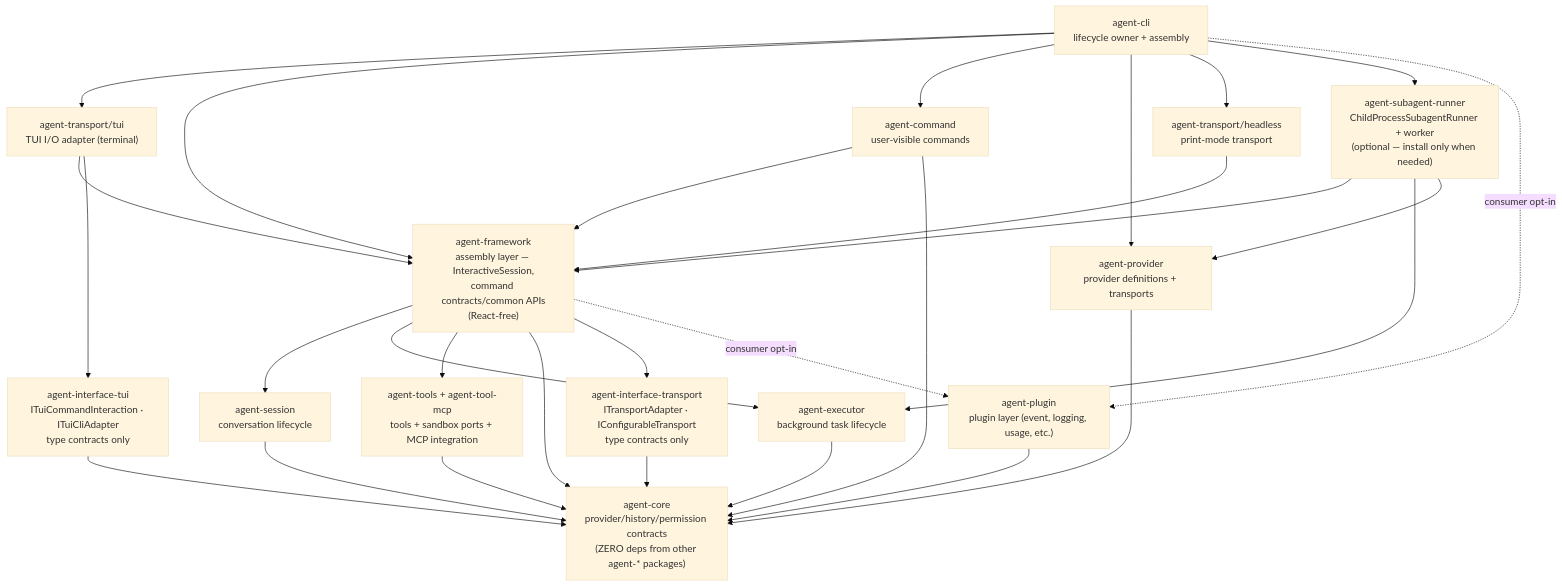
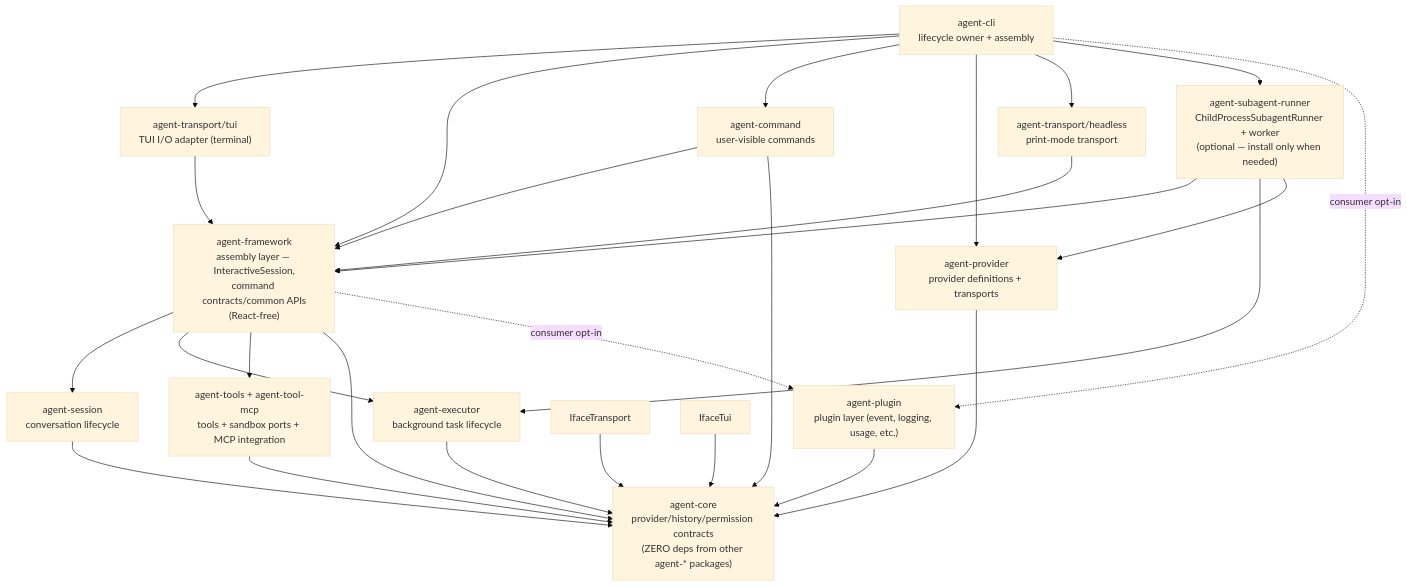
Before and after one commit to woojubb/robota: the first of 2 diagrams in .agents/specs/architecture-map/agent-system.md, drawn with Mermaid (base theme). The commit also changed other lines of this file and 66 other files, not shown here.

First line of the commit message:
refactor: ARCH-002 slim agent-cli + ARCH-FIX-030~033 CLI business logic extraction (#607)

````diff
--- a/.agents/specs/architecture-map/agent-system.md
+++ b/.agents/specs/architecture-map/agent-system.md
@@ -9,46 +9,42 @@
 ```mermaid
 flowchart TD
   AgentCLI["agent-cli\nlifecycle owner + assembly"]
   TuiTransport["agent-transport/tui\nTUI I/O adapter (terminal)"]
   Headless["agent-transport/headless\nprint-mode transport"]
   Commands["agent-command\nuser-visible commands"]
   Framework["agent-framework\nassembly layer — InteractiveSession,\ncommand contracts/common APIs\n(React-free)"]
   Sessions["agent-session\nconversation lifecycle"]
   Executor["agent-executor\nbackground task lifecycle"]
   Tools["agent-tools + agent-tool-mcp\ntools + sandbox ports + MCP integration"]
   Core["agent-core\nprovider/history/permission contracts\n(ZERO deps from other agent-* packages)"]
   Providers["agent-provider\nprovider definitions + transports"]
   SubagentRunner["agent-subagent-runner\nChildProcessSubagentRunner + worker\n(optional — install only when needed)"]
   Plugins["agent-plugin\nplugin layer (event, logging, usage, etc.)"]
-  IfaceTransport["agent-interface-transport\nITransportAdapter · IConfigurableTransport\ntype contracts only"]
-  IfaceTui["agent-interface-tui\nITuiCommandInteraction · ITuiCliAdapter\ntype contracts only"]
 
   AgentCLI --> TuiTransport
   AgentCLI --> Framework
   AgentCLI --> Commands
   AgentCLI --> Providers
   AgentCLI --> Headless
   AgentCLI --> SubagentRunner
   TuiTransport --> Framework
-  TuiTransport --> IfaceTui
   AgentCLI -. "consumer opt-in" .-> Plugins
   Headless --> Framework
   Commands --> Framework
   Commands --> Core
   SubagentRunner --> Framework
   SubagentRunner --> Executor
   SubagentRunner --> Providers
   Framework --> Sessions
   Framework --> Executor
   Framework --> Tools
   Framework --> Core
-  Framework --> IfaceTransport
   Framework -. "consumer opt-in" .-> Plugins
   Providers --> Core
   Sessions --> Core
   Executor --> Core
   Tools --> Core
   Plugins --> Core
   IfaceTransport --> Core
   IfaceTui --> Core
 ```
````
